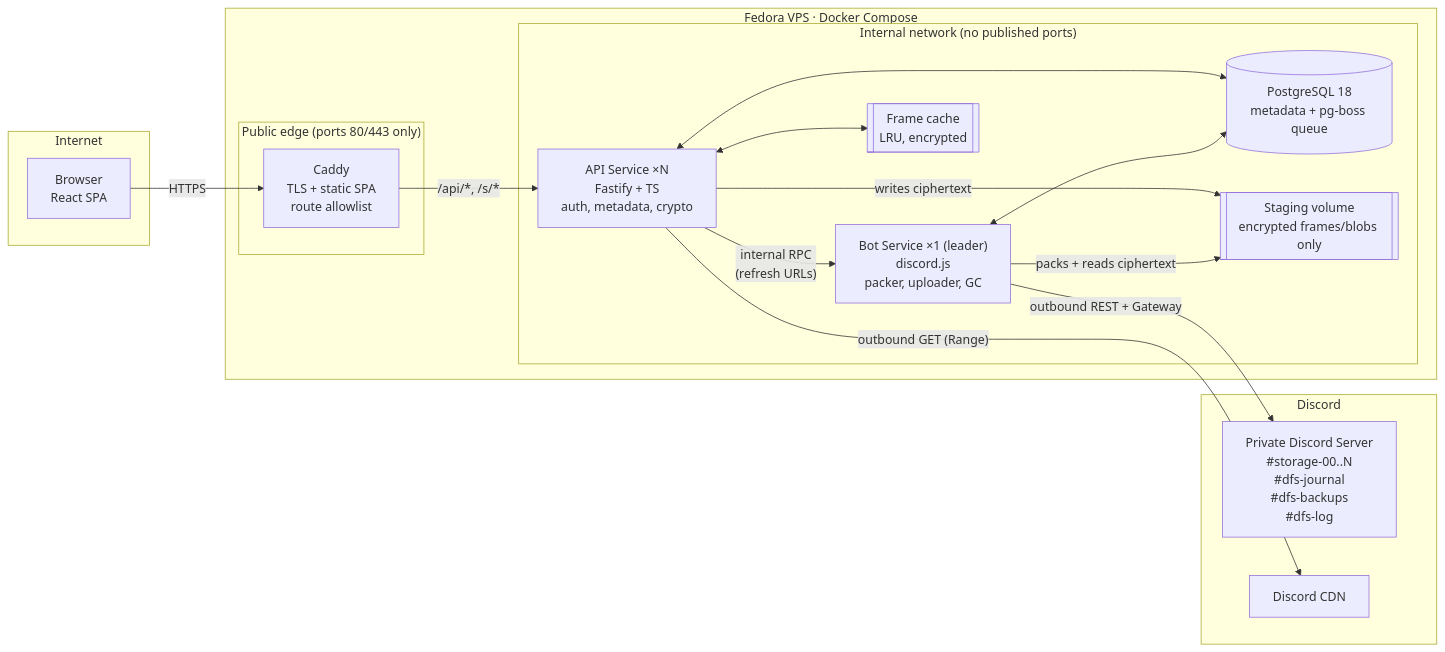
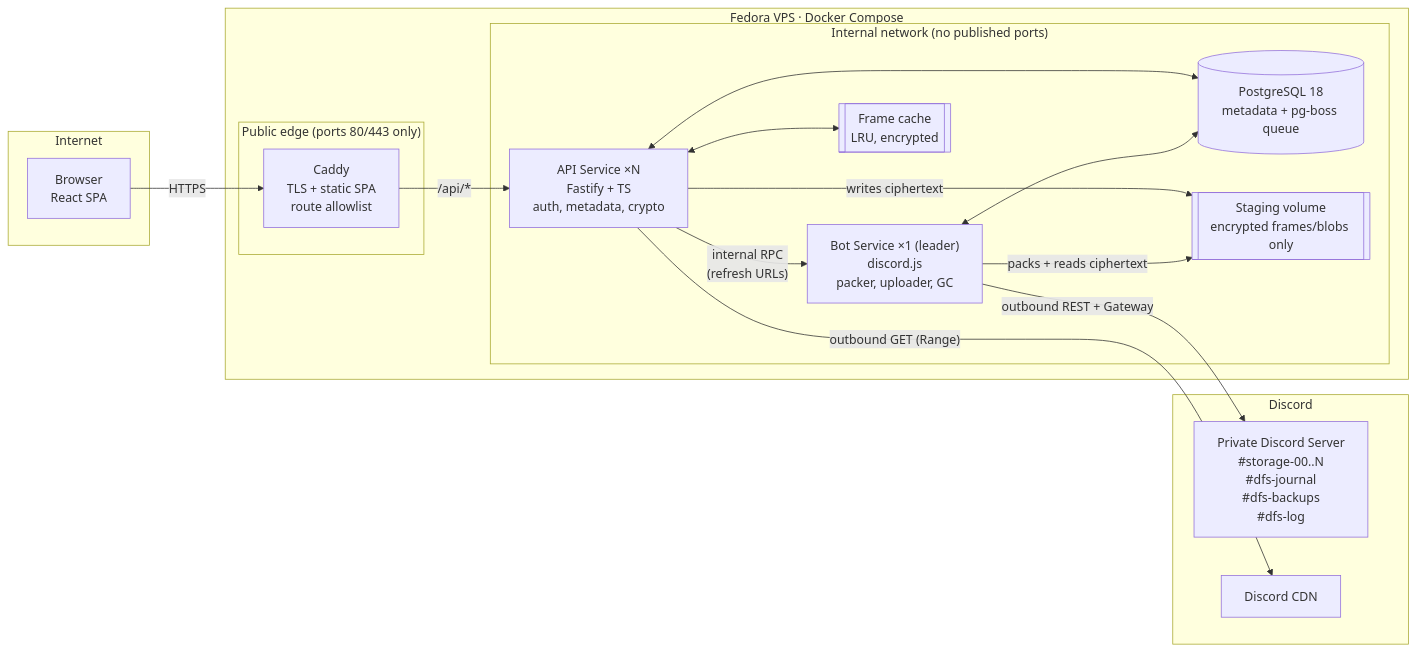
One commit to AlexB8675/DFS changed the first of 10 diagrams in docs/DESIGN.md. Above: the diagram before and after it, drawn with Mermaid. The commit also changed other lines of this file, not shown here.

````diff
--- a/docs/DESIGN.md
+++ b/docs/DESIGN.md
@@ -65,35 +65,35 @@
 ```mermaid
 flowchart LR
     subgraph Client["Internet"]
         WEB["Browser<br/>React SPA"]
     end
 
     subgraph VPS["Fedora VPS · Docker Compose"]
         subgraph Edge["Public edge (ports 80/443 only)"]
             PROXY["Caddy<br/>TLS + static SPA<br/>route allowlist"]
         end
         subgraph Core["Internal network (no published ports)"]
             API["API Service ×N<br/>Fastify + TS<br/>auth, metadata, crypto"]
             BOT["Bot Service ×1 (leader)<br/>discord.js<br/>packer, uploader, GC"]
             PG[("PostgreSQL 18<br/>metadata + pg-boss queue")]
             STAGE[["Staging volume<br/>encrypted frames/blobs only"]]
             CACHE[["Frame cache<br/>LRU, encrypted"]]
         end
     end
 
     subgraph Discord
         GUILD["Private Discord Server<br/>#storage-00..N<br/>#dfs-journal<br/>#dfs-backups<br/>#dfs-log"]
         CDN["Discord CDN"]
     end
 
     WEB -- "HTTPS" --> PROXY
-    PROXY -- "/api/*, /s/*" --> API
+    PROXY -- "/api/*" --> API
     API <--> PG
     BOT <--> PG
     API -- writes ciphertext --> STAGE
     BOT -- "packs + reads ciphertext" --> STAGE
     API -- "internal RPC<br/>(refresh URLs)" --> BOT
     BOT -- "outbound REST + Gateway" --> GUILD
     API -- "outbound GET (Range)" --> CDN
     API <--> CACHE
 ```
````
